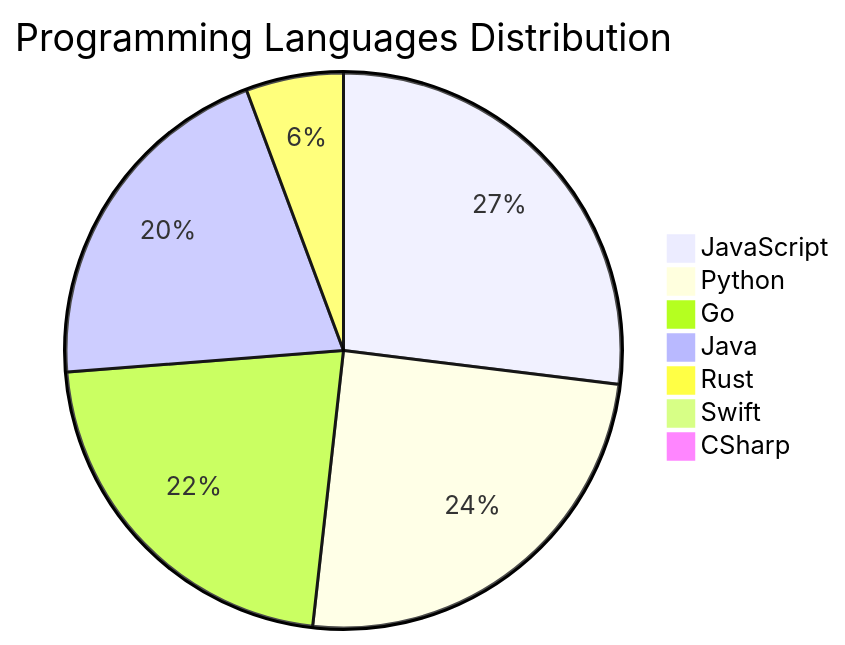
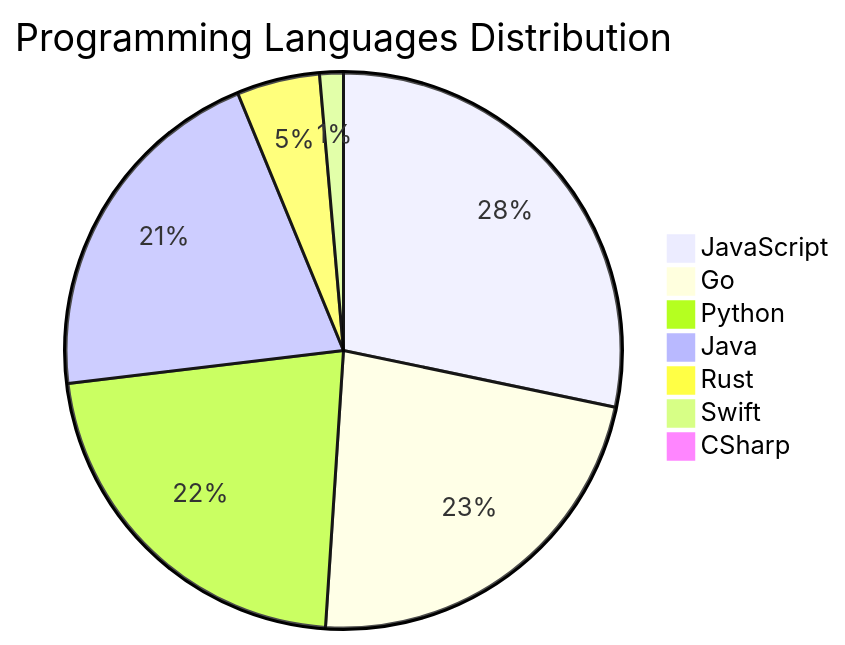
The diagram in README.md (Derrick-MUGISHA/github-activity-bot), drawn with Mermaid before and after one commit. The commit also changed other lines of this file and 4 other files, not shown here.

````diff
--- a/README.md
+++ b/README.md
@@ -207,10 +207,10 @@
 ```mermaid
 pie title Programming Languages Distribution
-    "JavaScript" : 38
-    "Python" : 35
-    "Go" : 31
-    "Java" : 29
-    "Rust" : 8
-    "Swift" : 1
+    "JavaScript" : 41
+    "Go" : 33
+    "Python" : 32
+    "Java" : 30
+    "Rust" : 7
+    "Swift" : 2
     "CSharp" : 1
 ```
````
